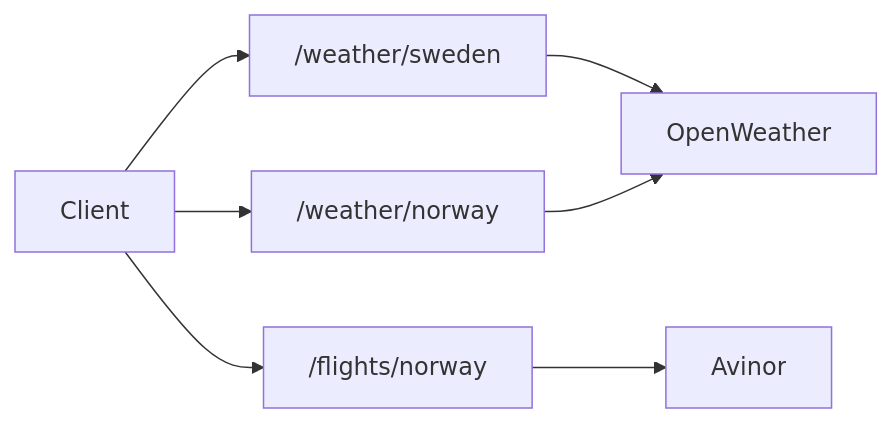
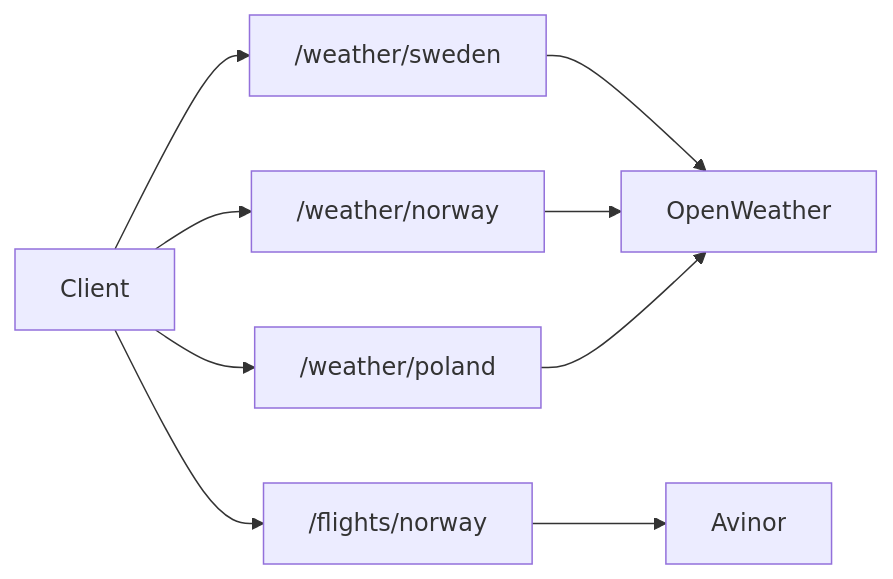
Before and after one commit to CCTEVP/ZuploGateway: the diagram in README.md, drawn with Mermaid. The commit also changed other lines of this file and 7 other files, not shown here.

````diff
--- a/README.md
+++ b/README.md
@@ -56,9 +60,11 @@
 ```mermaid
 flowchart LR
   Client --> WeatherSE["/weather/sweden"]
   Client --> WeatherNO["/weather/norway"]
+  Client --> WeatherPL["/weather/poland"]
   Client --> FlightsNO["/flights/norway"]
   WeatherSE --> OpenWeather
   WeatherNO --> OpenWeather
+  WeatherPL --> OpenWeather
   FlightsNO --> Avinor
 ```
````
